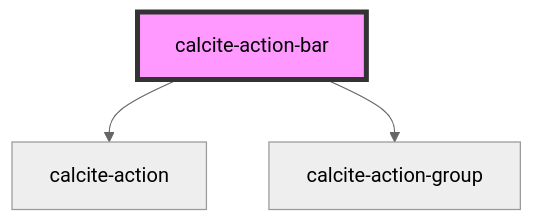
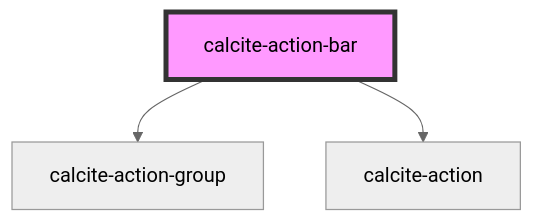
Before and after one commit to Esri/calcite-app-components: the diagram in src/components/calcite-action-bar/readme.md, drawn with Mermaid (neutral theme). The commit also changed other lines of this file and 43 other files, not shown here.

````diff
--- a/src/components/calcite-action-bar/readme.md
+++ b/src/components/calcite-action-bar/readme.md
@@ -105,6 +105,6 @@
 ```mermaid
 graph TD;
+  calcite-action-bar --> calcite-action-group
   calcite-action-bar --> calcite-action
-  calcite-action-bar --> calcite-action-group
   style calcite-action-bar fill:#f9f,stroke:#333,stroke-width:4px
 ```
````
